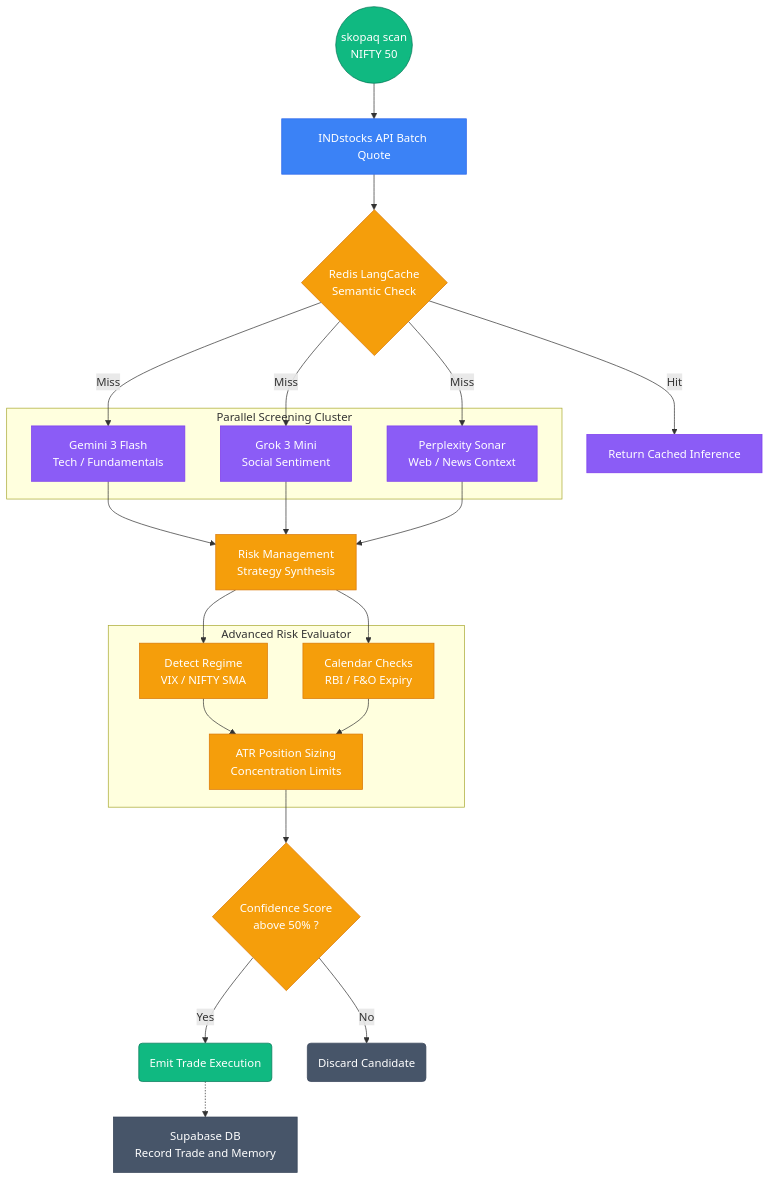
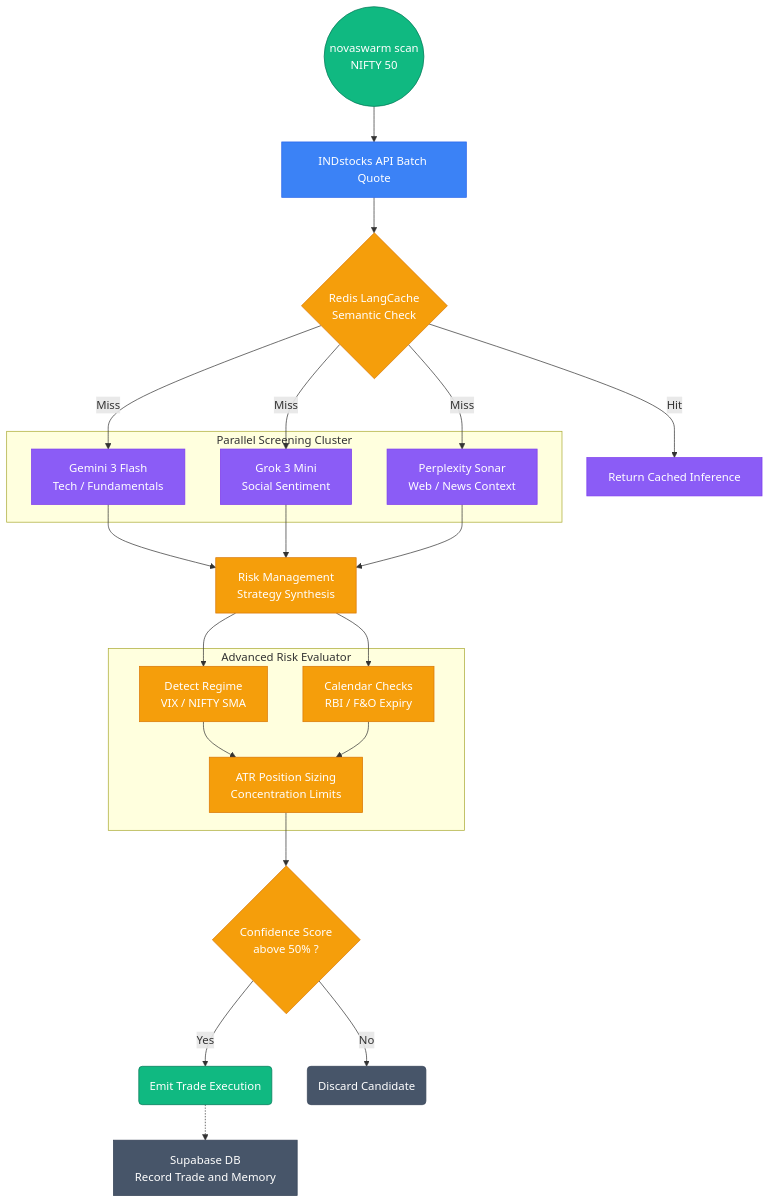
Before and after one commit to darshan-xyz/novaswarm-trader: the fourth of 4 diagrams in README.md, drawn with Mermaid. The commit also changed other lines of this file and 393 other files, not shown here.

````diff
--- a/README.md
+++ b/README.md
@@ -187,47 +187,47 @@
 ```mermaid
 flowchart TD
     classDef trigger fill:#10b981,stroke:#047857,color:#fff
     classDef data fill:#3b82f6,stroke:#2563eb,color:#fff
     classDef llm fill:#8b5cf6,stroke:#7c3aed,color:#fff
     classDef check fill:#f59e0b,stroke:#d97706,color:#fff
     classDef memory fill:#475569,stroke:#334155,color:#fff
 
-    Start(("skopaq scan<br/>NIFTY 50")):::trigger
+    Start(("novaswarm scan<br/>NIFTY 50")):::trigger
     INDapi["INDstocks API Batch Quote"]:::data
     CacheCheck{"Redis LangCache<br/>Semantic Check"}:::check
     CachedData["Return Cached Inference"]:::llm
 
     Start --> INDapi --> CacheCheck
     CacheCheck -- "Hit" --> CachedData
     CacheCheck -- "Miss" --> Gemini
 
     subgraph Screeners["Parallel Screening Cluster"]
         Gemini["Gemini 3 Flash<br/>Tech / Fundamentals"]:::llm
         Grok["Grok 3 Mini<br/>Social Sentiment"]:::llm
         Perplexity["Perplexity Sonar<br/>Web / News Context"]:::llm
     end
 
     CacheCheck -- "Miss" --> Grok
     CacheCheck -- "Miss" --> Perplexity
 
     Gemini --> Synthesis["Risk Management<br/>Strategy Synthesis"]:::check
     Grok --> Synthesis
     Perplexity --> Synthesis
 
     subgraph RiskEval["Advanced Risk Evaluator"]
         Regime["Detect Regime<br/>VIX / NIFTY SMA"]:::check
         Events["Calendar Checks<br/>RBI / F&O Expiry"]:::check
         Size["ATR Position Sizing<br/>Concentration Limits"]:::check
     end
 
     Synthesis --> Regime
     Synthesis --> Events
     Regime --> Size
     Events --> Size
     Size --> Confidence{"Confidence Score<br/>above 50% ?"}:::check
 
     Confidence -- "Yes" --> EmitTrade("Emit Trade Execution"):::trigger
     Confidence -- "No" --> Drop("Discard Candidate"):::memory
 
     EmitTrade -.-> SupaDB["Supabase DB<br/>Record Trade and Memory"]:::memory
 ```
````
